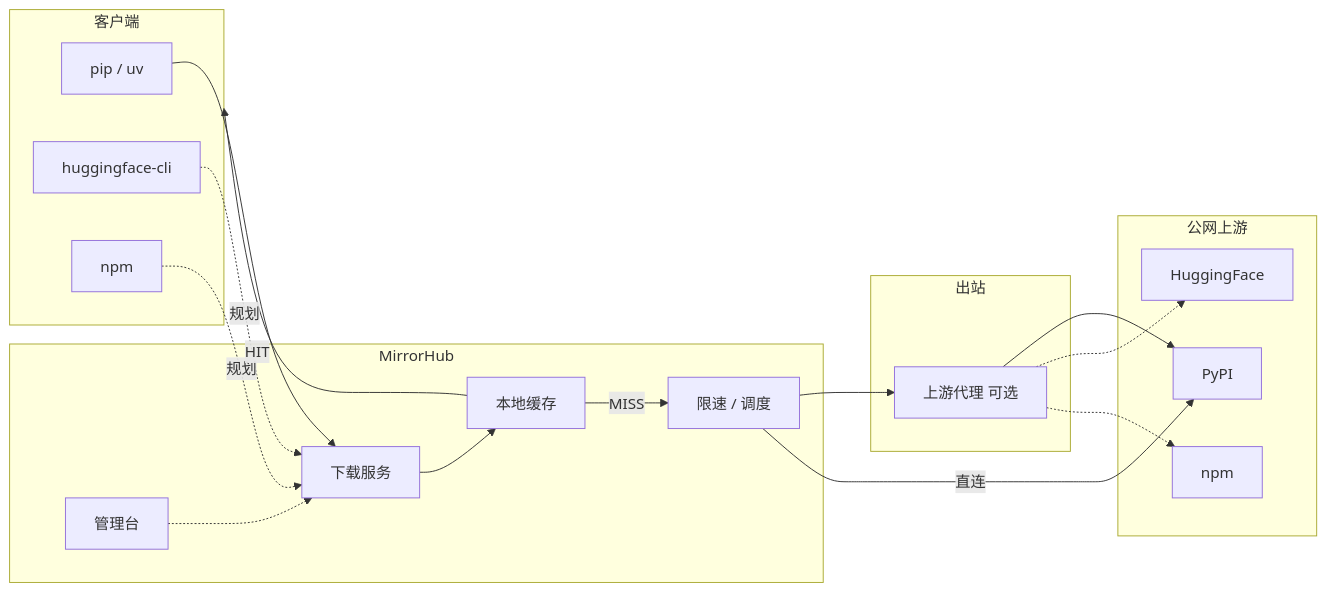
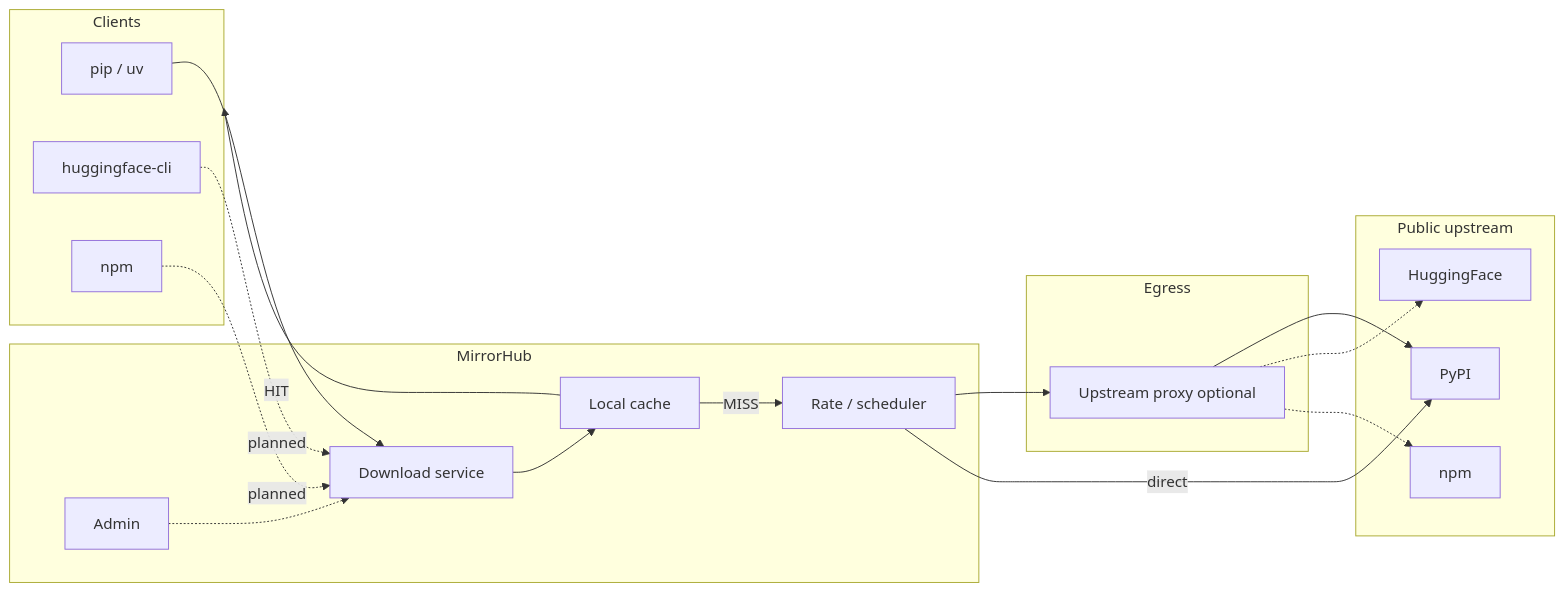
Before and after one commit to nihaoyanzu/mirrorhub: the diagram in README.md, drawn with Mermaid. The commit also changed other lines of this file and 2 other files, not shown here.

````diff
--- a/README.md
+++ b/README.md
@@ -76,38 +76,38 @@
 ```mermaid
 flowchart LR
-  subgraph clients [客户端]
+  subgraph clients [Clients]
     PIP[pip / uv]
     HF[huggingface-cli]
     NPM[npm]
   end
 
   subgraph mh [MirrorHub]
-    DL[下载服务]
-    ADM[管理台]
-    CACHE[本地缓存]
-    RATE[限速 / 调度]
+    DL[Download service]
+    ADM[Admin]
+    CACHE[Local cache]
+    RATE[Rate / scheduler]
   end
 
-  subgraph out [出站]
-    UP[上游代理 可选]
+  subgraph out [Egress]
+    UP[Upstream proxy optional]
   end
 
-  subgraph remote [公网上游]
+  subgraph remote [Public upstream]
     PYPI[PyPI]
     HFHUB[HuggingFace]
     NPMREG[npm]
   end
 
   PIP --> DL
-  HF -.->|规划| DL
-  NPM -.->|规划| DL
+  HF -.->|planned| DL
+  NPM -.->|planned| DL
   ADM -.-> DL
   DL --> CACHE
   CACHE -->|MISS| RATE
   RATE --> UP
   UP --> PYPI
   UP -.-> HFHUB
   UP -.-> NPMREG
-  RATE -->|直连| PYPI
+  RATE -->|direct| PYPI
   CACHE -->|HIT| clients
 ```
````
